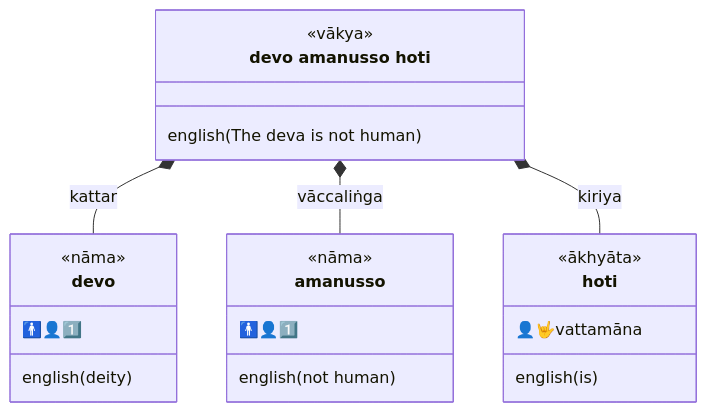
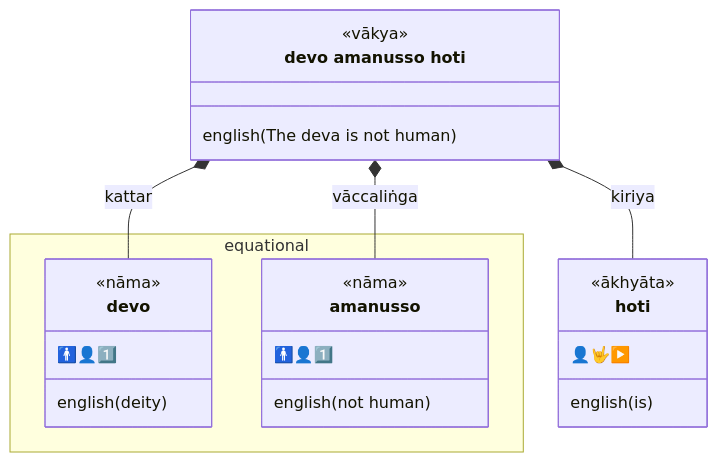
One commit to ChristineTham/buddhavacana changed the first of 6 diagrams in content/en/docs/Pali/sentences.md. Above: the diagram before and after it, drawn with Mermaid. The commit also changed other lines of this file and 6 other files, not shown here.

````diff
--- a/content/en/docs/Pali/sentences.md
+++ b/content/en/docs/Pali/sentences.md
@@ -68,25 +54,27 @@
 ```mermaid
 classDiagram
   class sentence["devo amanusso hoti"] {
     <<vākya>>
     english(The deva is not human)
   }
-  class devo {
-    <<nāma>>
-    🚹👤1️⃣
-    english(deity)
-  }
-  class amanusso {
-    <<nāma>>
-     🚹👤1️⃣
-    english(not human)
+  namespace equational {
+    class devo {
+      <<nāma>>
+      🚹👤1️⃣
+      english(deity)
+    }
+    class amanusso {
+      <<nāma>>
+      🚹👤1️⃣
+      english(not human)
+    }
   }
   class hoti {
     <<ākhyāta>>
-     👤🤟vattamāna
+     👤🤟▶️
     english(is)
   }
   sentence *-- devo : kattar
   sentence *-- amanusso : vāccaliṅga
   sentence *-- hoti: kiriya
 ```
````
